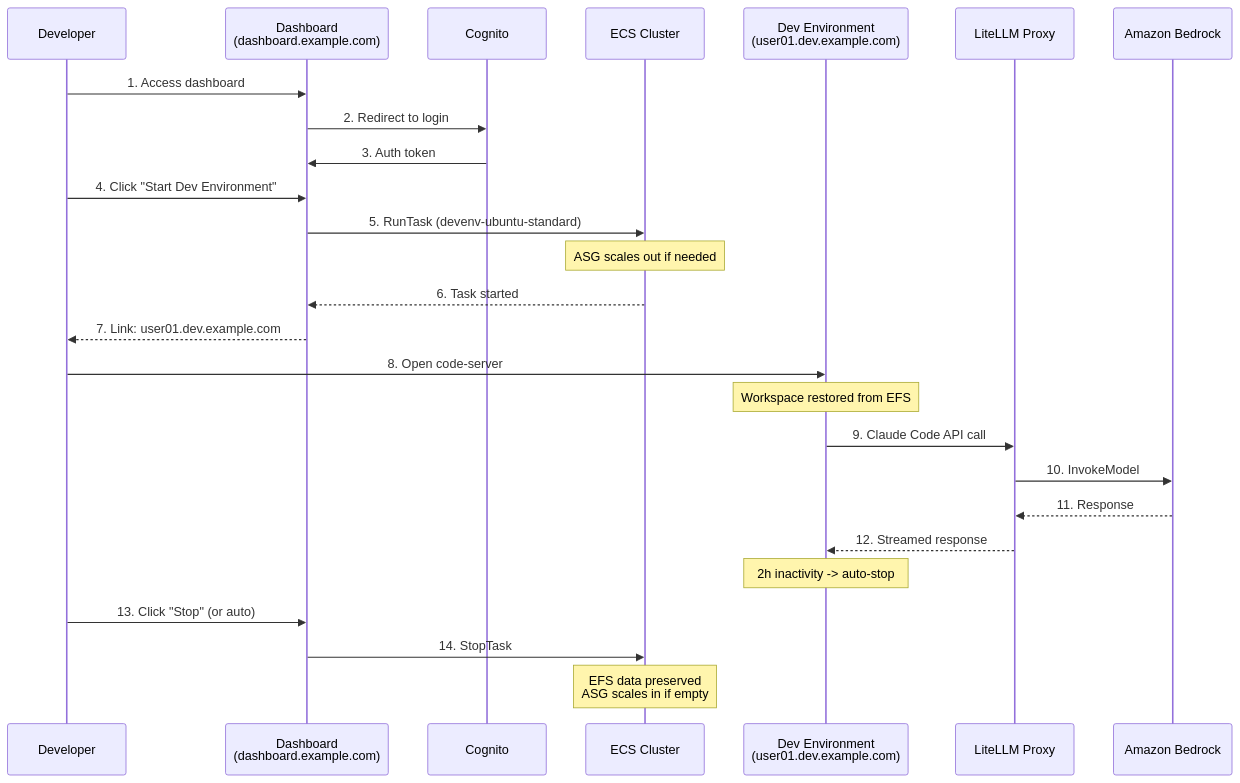
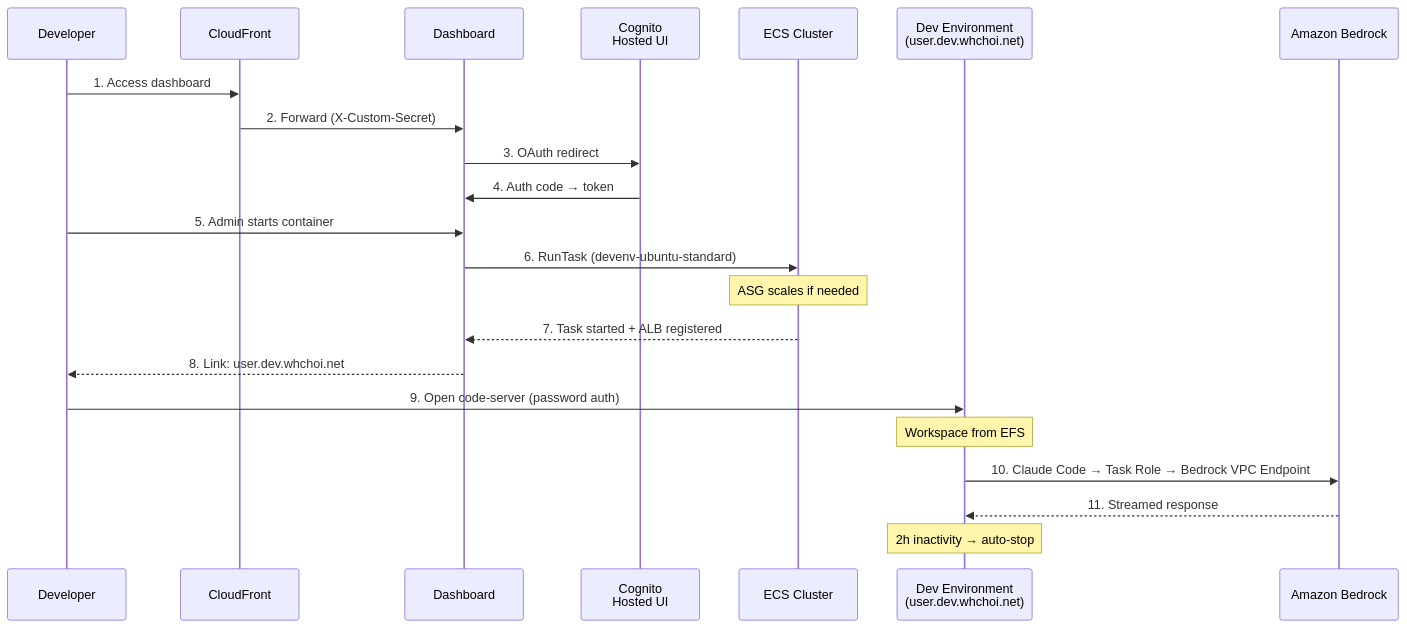
One commit to Atom-oh/cc-on-bedrock changed the third of 7 diagrams in docs/architecture.md. Above: the diagram before and after it, drawn with Mermaid. The commit also changed other lines of this file and 8 other files, not shown here.

First line of the commit message:
docs: sync all documentation with Bedrock Direct architecture

````diff
--- a/docs/architecture.md
+++ b/docs/architecture.md
@@ -148,29 +142,25 @@
 ```mermaid
 sequenceDiagram
     participant User as Developer
-    participant Dash as Dashboard<br/>(dashboard.example.com)
-    participant Cognito as Cognito
+    participant CF as CloudFront
+    participant Dash as Dashboard
+    participant Cognito as Cognito<br/>Hosted UI
     participant ECS as ECS Cluster
-    participant DevEnv as Dev Environment<br/>(user01.dev.example.com)
-    participant LiteLLM as LiteLLM Proxy
+    participant DevEnv as Dev Environment<br/>(user.dev.whchoi.net)
     participant Bedrock as Amazon Bedrock
 
-    User->>Dash: 1. Access dashboard
-    Dash->>Cognito: 2. Redirect to login
-    Cognito->>Dash: 3. Auth token
-    User->>Dash: 4. Click "Start Dev Environment"
-    Dash->>ECS: 5. RunTask (devenv-ubuntu-standard)
-    Note over ECS: ASG scales out if needed
-    ECS-->>Dash: 6. Task started
-    Dash-->>User: 7. Link: user01.dev.example.com
-    User->>DevEnv: 8. Open code-server
-    Note over DevEnv: Workspace restored from EFS
-    DevEnv->>LiteLLM: 9. Claude Code API call
-    LiteLLM->>Bedrock: 10. InvokeModel
-    Bedrock-->>LiteLLM: 11. Response
-    LiteLLM-->>DevEnv: 12. Streamed response
-    Note over DevEnv: 2h inactivity -> auto-stop
-    User->>Dash: 13. Click "Stop" (or auto)
-    Dash->>ECS: 14. StopTask
-    Note over ECS: EFS data preserved<br/>ASG scales in if empty
+    User->>CF: 1. Access dashboard
+    CF->>Dash: 2. Forward (X-Custom-Secret)
+    Dash->>Cognito: 3. OAuth redirect
+    Cognito->>Dash: 4. Auth code → token
+    User->>Dash: 5. Admin starts container
+    Dash->>ECS: 6. RunTask (devenv-ubuntu-standard)
+    Note over ECS: ASG scales if needed
+    ECS-->>Dash: 7. Task started + ALB registered
+    Dash-->>User: 8. Link: user.dev.whchoi.net
+    User->>DevEnv: 9. Open code-server (password auth)
+    Note over DevEnv: Workspace from EFS
+    DevEnv->>Bedrock: 10. Claude Code → Task Role → Bedrock VPC Endpoint
+    Bedrock-->>DevEnv: 11. Streamed response
+    Note over DevEnv: 2h inactivity → auto-stop
 ```
````
